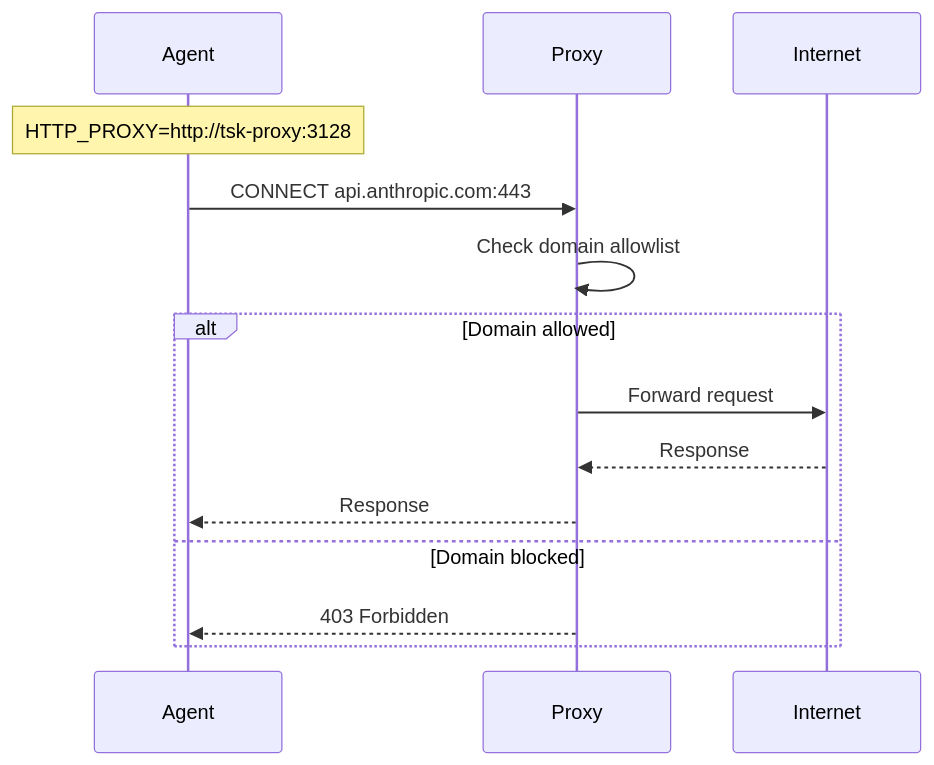
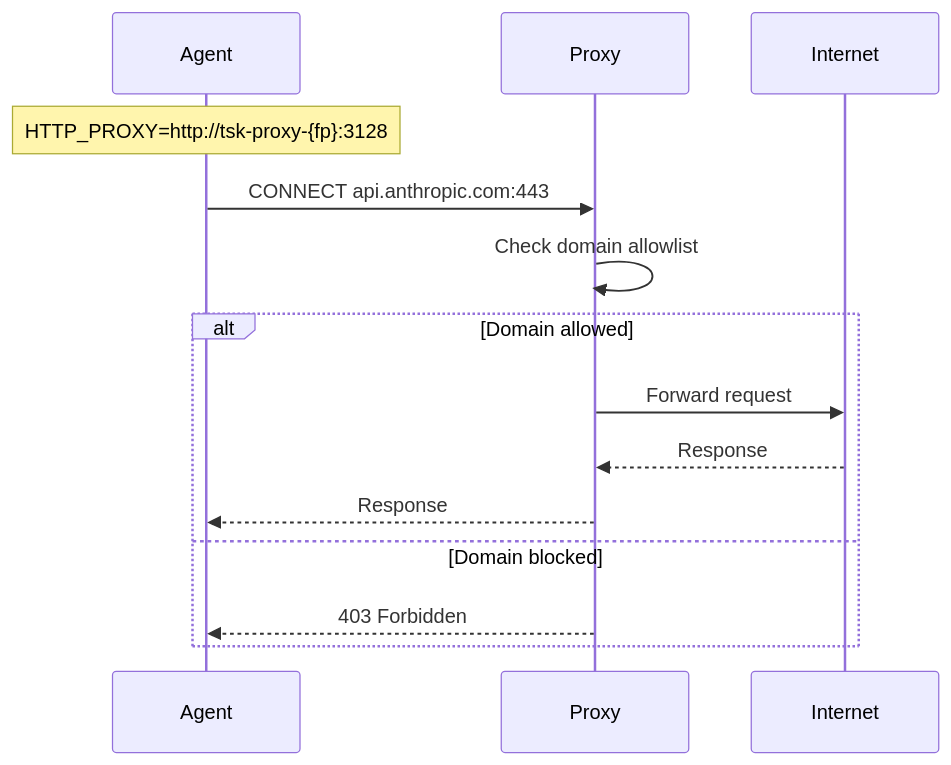
Before and after one commit to dtormoen/tsk: the second of 2 diagrams in docs/network-isolation.md, drawn with Mermaid. The commit also changed other lines of this file and 14 other files, not shown here.

````diff
--- a/docs/network-isolation.md
+++ b/docs/network-isolation.md
@@ -57,18 +57,18 @@
 ```mermaid
 sequenceDiagram
     participant Agent
     participant Proxy
     participant Internet
 
-    Note over Agent: HTTP_PROXY=http://tsk-proxy:3128
+    Note over Agent: HTTP_PROXY=http://tsk-proxy-{fp}:3128
 
     Agent->>Proxy: CONNECT api.anthropic.com:443
     Proxy->>Proxy: Check domain allowlist
     alt Domain allowed
         Proxy->>Internet: Forward request
         Internet-->>Proxy: Response
         Proxy-->>Agent: Response
     else Domain blocked
         Proxy-->>Agent: 403 Forbidden
     end
 ```
````
